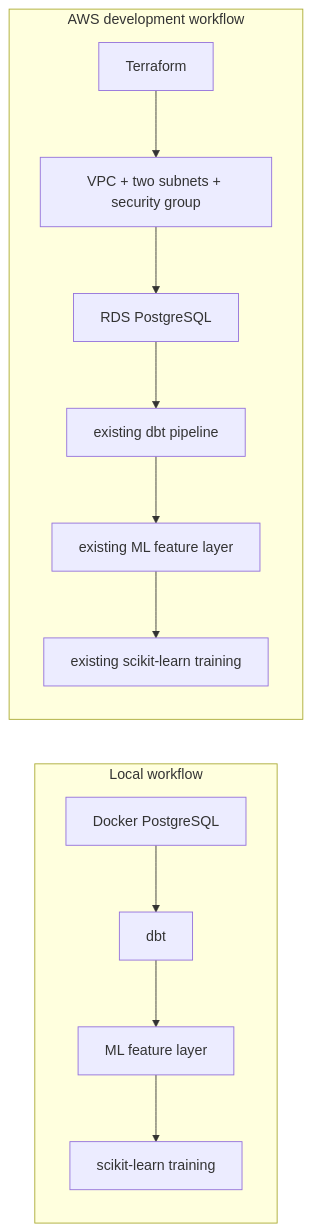
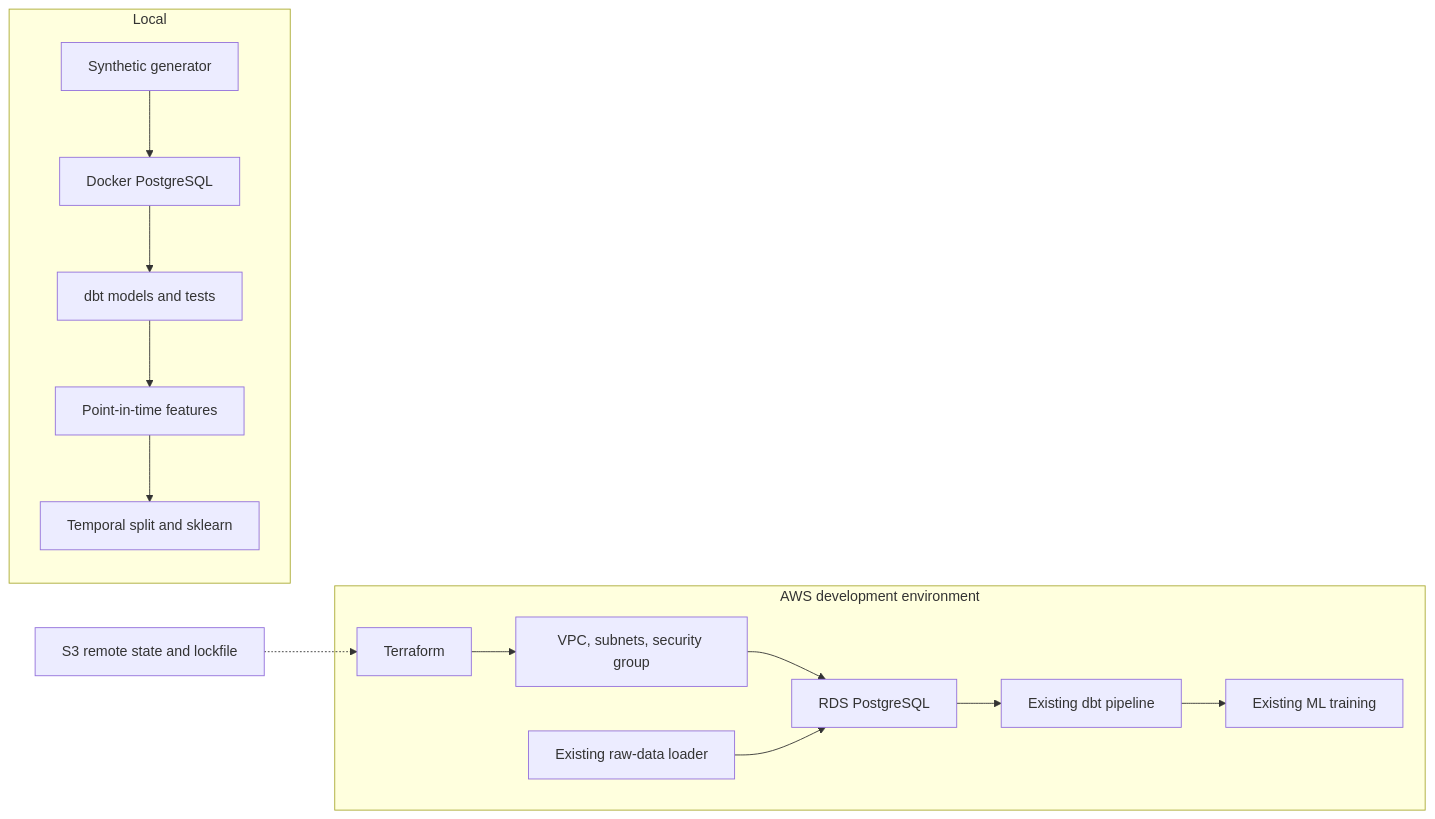
The diagram in README.md (Eklavya20/ecommerce-ml-data-platform), drawn with Mermaid before and after one commit. The commit also changed other lines of this file and 7 other files, not shown here.

````diff
--- a/README.md
+++ b/README.md
@@ -51,16 +34,19 @@
 ```mermaid
 flowchart LR
-    subgraph Local[Local workflow]
-        Docker[Docker PostgreSQL] --> dbtLocal[dbt]
-        dbtLocal --> FeaturesLocal[ML feature layer]
-        FeaturesLocal --> TrainLocal[scikit-learn training]
+    subgraph Local[Local]
+        GeneratorL[Synthetic generator] --> PostgresL[Docker PostgreSQL]
+        PostgresL --> DbtL[dbt models and tests]
+        DbtL --> FeaturesL[Point-in-time features]
+        FeaturesL --> MLL[Temporal split and sklearn]
     end
 
-    subgraph AWS[AWS development workflow]
-        Terraform[Terraform] --> Network[VPC + two subnets + security group]
+    subgraph AWS[AWS development environment]
+        Terraform[Terraform] --> Network[VPC, subnets, security group]
         Network --> RDS[RDS PostgreSQL]
-        RDS --> dbtAWS[existing dbt pipeline]
-        dbtAWS --> FeaturesAWS[existing ML feature layer]
-        FeaturesAWS --> TrainAWS[existing scikit-learn training]
+        GeneratorA[Existing raw-data loader] --> RDS
+        RDS --> DbtA[Existing dbt pipeline]
+        DbtA --> MLA[Existing ML training]
     end
+
+    State[S3 remote state and lockfile] -.-> Terraform
 ```
````
